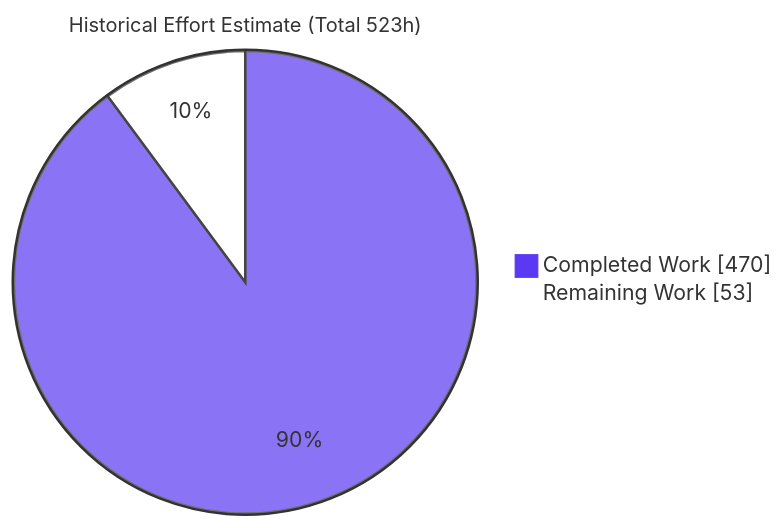
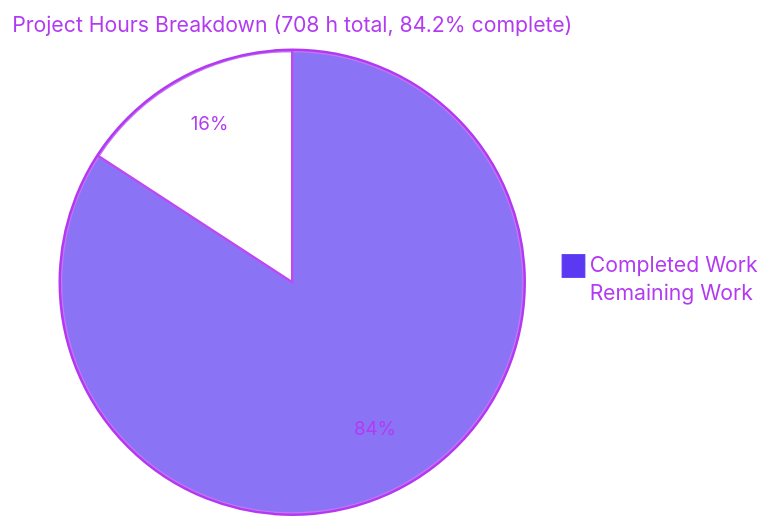
One commit to blitzy-research/zlib changed the second of 3 diagrams in blitzy/documentation/Project Guide.md. Above: the diagram before and after it, drawn with Mermaid. The commit also changed other lines of this file, not shown here.

Commit message:
Adding Blitzy Project Guide: Project Status and Human Tasks Remaining

````diff
--- a/blitzy/documentation/Project Guide.md
+++ b/blitzy/documentation/Project Guide.md
@@ -458,6 +397,6 @@
 ```mermaid
-%%{init: {'theme':'base','themeVariables':{'pie1':'#5B39F3','pie2':'#FFFFFF','pieStrokeColor':'#333333','pieOuterStrokeColor':'#333333','pieSectionTextColor':'#333333','pieStrokeWidth':'2px','pieTitleTextSize':'16px'}}}%%
-pie showData title Historical Effort Estimate (Total 523h)
-    "Completed Work" : 470
-    "Remaining Work" : 53
+%%{init: {"theme":"base","themeVariables":{"pie1":"#5B39F3","pie2":"#FFFFFF","pieStrokeColor":"#B23AF2","pieStrokeWidth":"2px","pieOuterStrokeColor":"#B23AF2","pieOuterStrokeWidth":"2px","pieTitleTextSize":"17px","pieTitleTextColor":"#B23AF2","pieSectionTextColor":"#B23AF2","pieSectionTextSize":"15px","pieLegendTextColor":"#B23AF2"}}}%%
+pie title Project Hours Breakdown (708 h total, 84.2% complete)
+    "Completed Work" : 596
+    "Remaining Work" : 112
 ```
````
